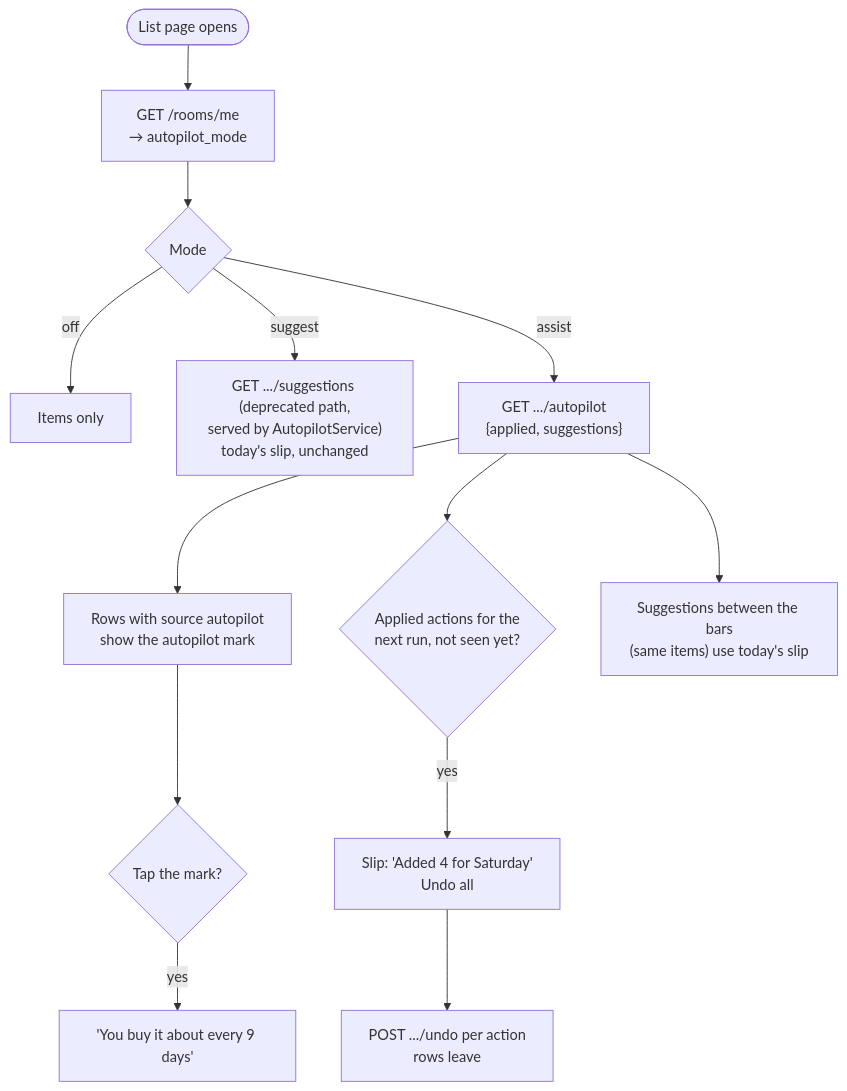
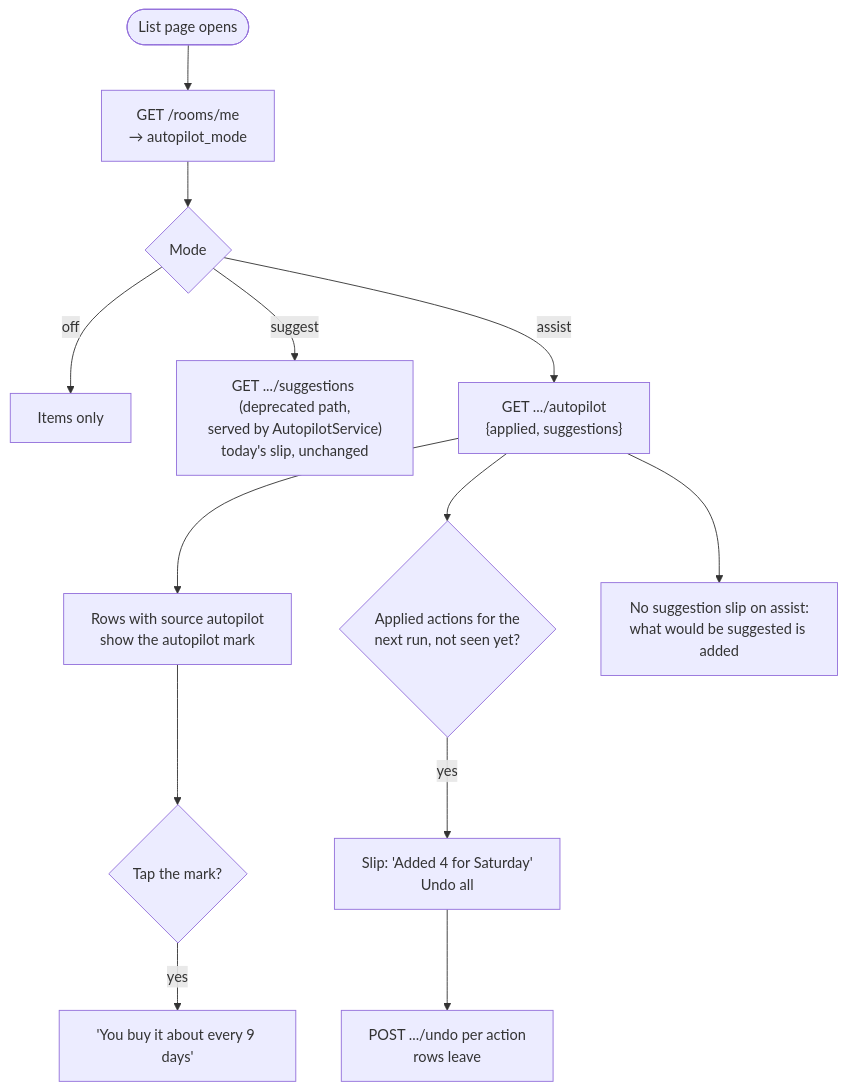
Diagram 11 of 11 in docs/superpowers/plans/2026-10-17-autopilot-engine.md (janvillarosa/gracie-app), drawn with Mermaid before and after one commit. The commit also changed other lines of this file and 18 other files, not shown here.

First line of the commit message:
feat(autopilot): exclusive modes; assist adds what it would have suggested

````diff
--- a/docs/superpowers/plans/2026-10-17-autopilot-engine.md
+++ b/docs/superpowers/plans/2026-10-17-autopilot-engine.md
@@ -491,15 +501,15 @@
 ```mermaid
 flowchart TD
     O([List page opens]) --> R["GET /rooms/me<br/>→ autopilot_mode"]
     R --> M{Mode}
     M -- off --> PLAIN[Items only]
     M -- suggest --> SUGG["GET .../suggestions (deprecated path,<br/>served by AutopilotService)<br/>today's slip, unchanged"]
     M -- assist --> AP["GET .../autopilot<br/>{applied, suggestions}"]
     AP --> MARK["Rows with source autopilot<br/>show the autopilot mark"]
     MARK --> TAP{"Tap the mark?"}
     TAP -- yes --> WHY["'You buy it about every 9 days'"]
     AP --> SLIP{"Applied actions for the<br/>next run, not seen yet?"}
     SLIP -- yes --> S["Slip: 'Added 4 for Saturday'<br/>Undo all"]
     S --> UA["POST .../undo per action<br/>rows leave"]
-    AP --> FB["Suggestions between the bars<br/>(same items) use today's slip"]
+    AP --> FB["No suggestion slip on assist:<br/>what would be suggested is added"]
 ```
````
